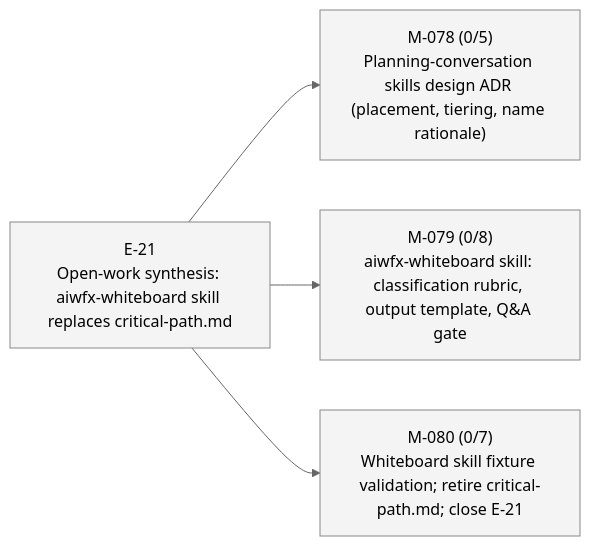
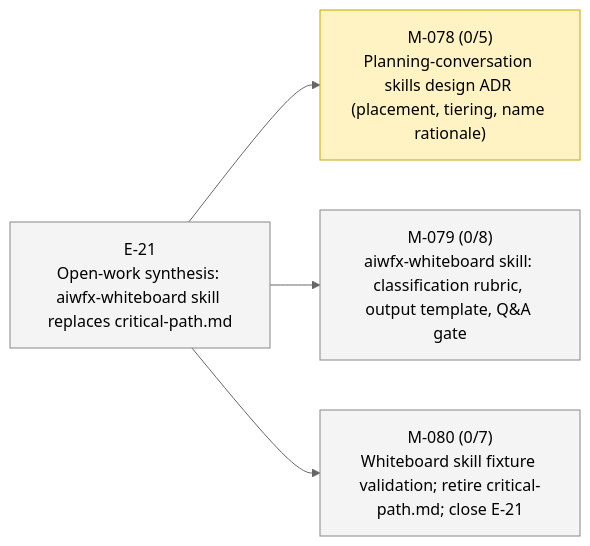
One commit to 23min/aiwf changed the second of 2 diagrams in STATUS.md. Above: the diagram before and after it, drawn with Mermaid (neutral theme). The commit also changed other lines of this file and 1 other file, not shown here.

Commit message:
aiwf promote M-078 draft -> in_progress
aiwf-verb: promote
aiwf-entity: M-078
aiwf-actor: human/peter
aiwf-to: in_progress

````diff
--- a/STATUS.md
+++ b/STATUS.md
@@ -47,16 +47,16 @@
 ```mermaid
 flowchart LR
   E_21["E-21<br/>Open-work synthesis: aiwfx-whiteboard skill replaces critical-path.md"]:::epic_proposed
-  M_078["M-078 (0/5)<br/>Planning-conversation skills design ADR (placement, tiering, name rationale)"]:::ms_draft
+  M_078["M-078 (0/5)<br/>Planning-conversation skills design ADR (placement, tiering, name rationale)"]:::ms_in_progress
   E_21 --> M_078
   M_079["M-079 (0/8)<br/>aiwfx-whiteboard skill: classification rubric, output template, Q&A gate"]:::ms_draft
   E_21 --> M_079
   M_080["M-080 (0/7)<br/>Whiteboard skill fixture validation; retire critical-path.md; close E-21"]:::ms_draft
   E_21 --> M_080
   classDef epic_active fill:#d6eaff,stroke:#1a73e8,color:#000
   classDef epic_proposed fill:#f4f4f4,stroke:#888,color:#000
   classDef ms_done fill:#d8f5d8,stroke:#2a8a2a,color:#000
   classDef ms_in_progress fill:#fff3c4,stroke:#caa400,color:#000
   classDef ms_draft fill:#f4f4f4,stroke:#888,color:#000
   classDef ms_cancelled fill:#fbeaea,stroke:#c33,color:#000
 ```
````
